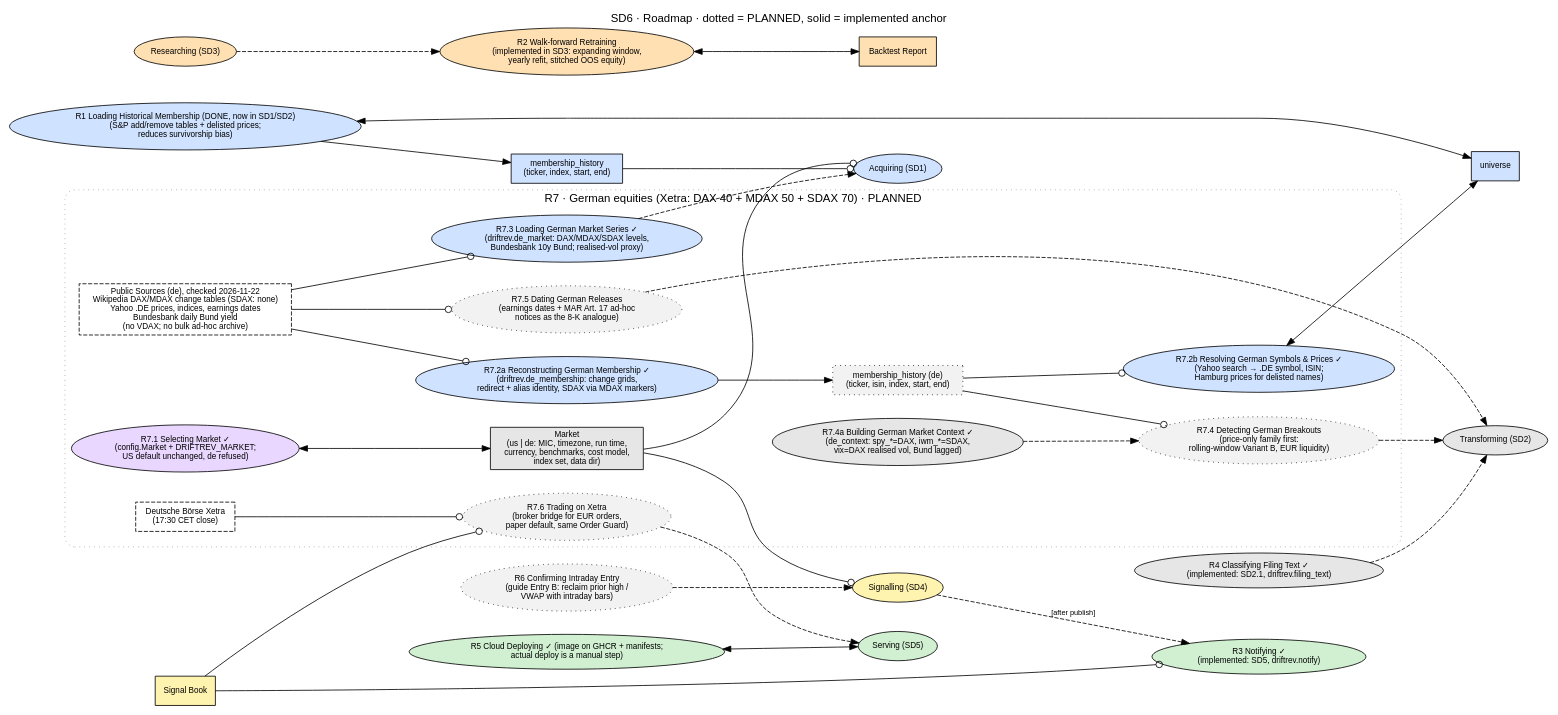
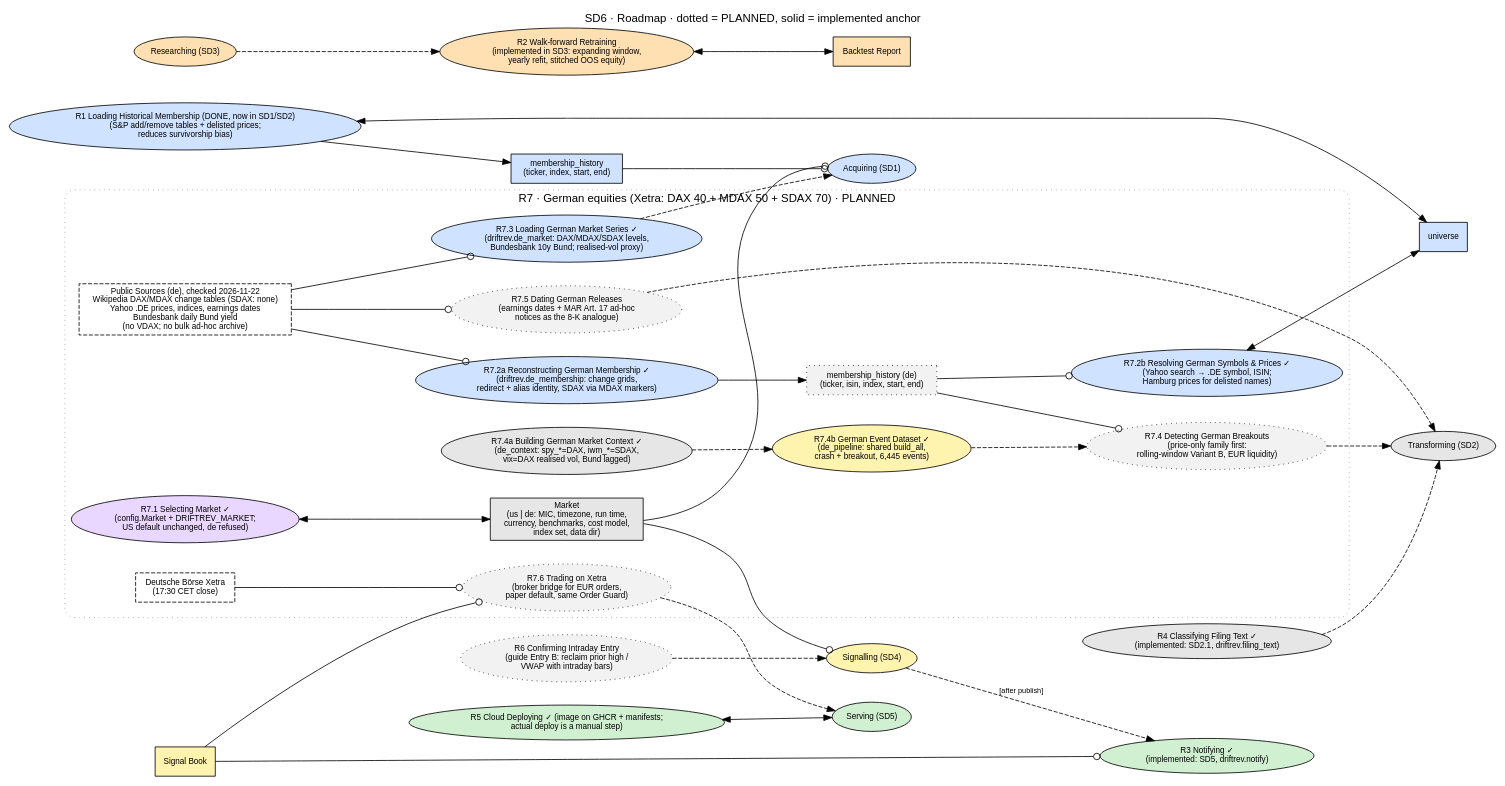
Before and after one commit to witold-andelie/stock_analysis_wentao: the diagram in project/docs/architecture/opm/SD6_roadmap.dot, drawn with Graphviz. The commit also changed 6 other files, not shown here.

First line of the commit message:
R7.4b German event dataset through the shared feature pipeline

```diff
--- a/project/docs/architecture/opm/SD6_roadmap.dot
+++ b/project/docs/architecture/opm/SD6_roadmap.dot
@@ -1,60 +1,61 @@
 // SD6 · Roadmap: PLANNED processes (dotted) and where they attach to the implemented model.
 // Rule: a planned thing becomes solid only when its code, test and OPL sentence land together.
 digraph SD6 {
   graph [rankdir=LR, fontname="Helvetica", fontsize=14, labelloc=t, nodesep=0.4, ranksep=0.8,
          label="SD6 · Roadmap · dotted = PLANNED, solid = implemented anchor"];
   node  [fontname="Helvetica", fontsize=10, style=filled, fillcolor="#e6e6e6"];
   edge  [fontname="Helvetica", fontsize=9];
 
   // implemented anchors
   acquiring    [shape=ellipse, fillcolor="#cfe2ff", label="Acquiring (SD1)"];
   transforming [shape=ellipse, label="Transforming (SD2)"];
   researching  [shape=ellipse, fillcolor="#ffe0b3", label="Researching (SD3)"];
   signalling   [shape=ellipse, fillcolor="#fff3b0", label="Signalling (SD4)"];
   serving      [shape=ellipse, fillcolor="#d1f0d1", label="Serving (SD5)"];
   universe     [shape=box, fillcolor="#cfe2ff", label="universe"];
   report       [shape=box, fillcolor="#ffe0b3", label="Backtest Report"];
   book         [shape=box, fillcolor="#fff3b0", label="Signal Book"];
 
   // planned things
   r1 [shape=ellipse, fillcolor="#cfe2ff", label="R1 Loading Historical Membership (DONE, now in SD1/SD2)\n(S&P add/remove tables + delisted prices;\nreduces survivorship bias)"];
   r1o [shape=box, fillcolor="#cfe2ff", label="membership_history\n(ticker, index, start, end)"];
   r2 [shape=ellipse, style="filled", fillcolor="#ffe0b3", label="R2 Walk-forward Retraining\n(implemented in SD3: expanding window,\nyearly refit, stitched OOS equity)"];
   r3 [shape=ellipse, fillcolor="#d1f0d1", label="R3 Notifying ✓\n(implemented: SD5, driftrev.notify)"];
   r4 [shape=ellipse, fillcolor="#e6e6e6", label="R4 Classifying Filing Text ✓\n(implemented: SD2.1, driftrev.filing_text)"];
   r5 [shape=ellipse, fillcolor="#d1f0d1", label="R5 Cloud Deploying ✓ (image on GHCR + manifests;\nactual deploy is a manual step)"];
   r6 [shape=ellipse, style="filled,dotted", fillcolor="#f2f2f2", label="R6 Confirming Intraday Entry\n(guide Entry B: reclaim prior high /\nVWAP with intraday bars)"];
 
   r1 -> r1o; r1o -> acquiring [arrowhead=odot]; r1 -> universe [dir=both];
   researching -> r2 [style=dashed]; r2 -> report [dir=both];
   signalling -> r3 [style=dashed, label="[after publish]"]; book -> r3 [arrowhead=odot];
   r4 -> transforming [style=dashed];
   r5 -> serving [dir=both];
   r6 -> signalling [style=dashed];
 
   // R7 · German equities on Deutsche Börse Xetra (DAX + MDAX + SDAX). Order of delivery: R7.1 → R7.6.
   subgraph cluster_r7 {
     label="R7 · German equities (Xetra: DAX 40 + MDAX 50 + SDAX 70) · PLANNED"; style="rounded,dotted"; color="#999999";
     node [style="filled,dotted", fillcolor="#f2f2f2"];
     market   [shape=box, style=filled, fillcolor="#e6e6e6", label="Market\n(us | de: MIC, timezone, run time,\ncurrency, benchmarks, cost model,\nindex set, data dir)"];
     r71 [shape=ellipse, style=filled, fillcolor="#ead7ff", label="R7.1 Selecting Market ✓\n(config.Market + DRIFTREV_MARKET;\nUS default unchanged, de refused)"];
     r72 [shape=ellipse, style=filled, fillcolor="#cfe2ff", label="R7.2a Reconstructing German Membership ✓\n(driftrev.de_membership: change grids,\nredirect + alias identity, SDAX via MDAX markers)"];
     r72b [shape=ellipse, style=filled, fillcolor="#cfe2ff", label="R7.2b Resolving German Symbols & Prices ✓\n(Yahoo search → .DE symbol, ISIN;\nHamburg prices for delisted names)"];
     r72o [shape=box, label="membership_history (de)\n(ticker, isin, index, start, end)"];
     r73 [shape=ellipse, style=filled, fillcolor="#cfe2ff", label="R7.3 Loading German Market Series ✓\n(driftrev.de_market: DAX/MDAX/SDAX levels,\nBundesbank 10y Bund; realised-vol proxy)"];
+    r74b [shape=ellipse, style=filled, fillcolor="#fff3b0", label="R7.4b German Event Dataset ✓\n(de_pipeline: shared build_all,\ncrash + breakout, 6,445 events)"];
     r74a [shape=ellipse, style=filled, fillcolor="#e6e6e6", label="R7.4a Building German Market Context ✓\n(de_context: spy_*=DAX, iwm_*=SDAX,\nvix=DAX realised vol, Bund lagged)"];
     r74 [shape=ellipse, label="R7.4 Detecting German Breakouts\n(price-only family first:\nrolling-window Variant B, EUR liquidity)"];
     r75 [shape=ellipse, label="R7.5 Dating German Releases\n(earnings dates + MAR Art. 17 ad-hoc\nnotices as the 8-K analogue)"];
     r76 [shape=ellipse, label="R7.6 Trading on Xetra\n(broker bridge for EUR orders,\npaper default, same Order Guard)"];
     xetra [shape=box, style="filled,dashed", fillcolor="#ffffff", label="Deutsche Börse Xetra\n(17:30 CET close)"];
     srcs  [shape=box, style="filled,dashed", fillcolor="#ffffff", label="Public Sources (de), checked 2026-11-22\nWikipedia DAX/MDAX change tables (SDAX: none)\nYahoo .DE prices, indices, earnings dates\nBundesbank daily Bund yield\n(no VDAX; no bulk ad-hoc archive)"];
   }
 
   r71 -> market [dir=both];
   market -> acquiring [arrowhead=odot]; market -> signalling [arrowhead=odot];
   srcs -> r72 [arrowhead=odot]; r72 -> r72o; r72o -> r72b [arrowhead=odot]; r72b -> universe [dir=both];
   srcs -> r73 [arrowhead=odot]; r73 -> acquiring [style=dashed];
-  r72o -> r74 [arrowhead=odot]; r74 -> transforming [style=dashed]; r74a -> r74 [style=dashed];
+  r72o -> r74 [arrowhead=odot]; r74 -> transforming [style=dashed]; r74a -> r74b [style=dashed]; r74b -> r74 [style=dashed];
   srcs -> r75 [arrowhead=odot]; r75 -> transforming [style=dashed];
   book -> r76 [arrowhead=odot]; xetra -> r76 [arrowhead=odot]; r76 -> serving [style=dashed];
 }
```
